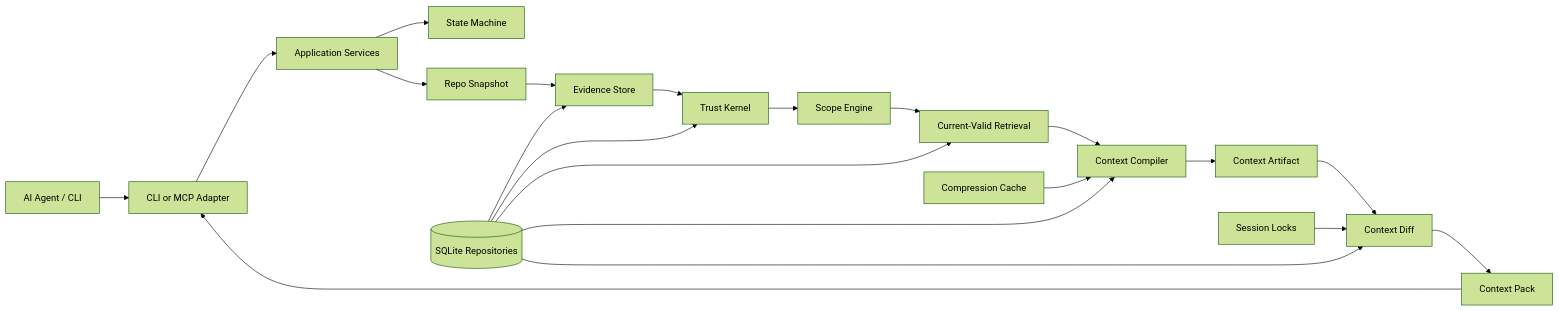
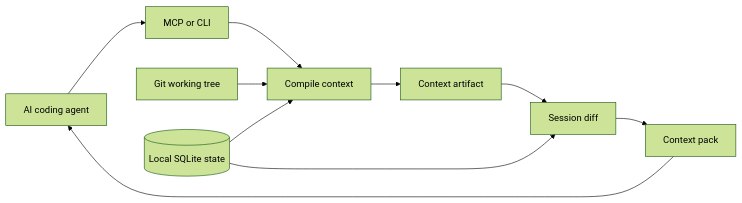
One commit to gael55x/Grape changed the diagram in README.md. Above: the diagram before and after it, drawn with Mermaid (forest theme). The commit also changed other lines of this file, not shown here.

````diff
--- a/README.md
+++ b/README.md
@@ -177,23 +195,12 @@
 ```mermaid
 flowchart LR
-  Agent[AI Agent / CLI] --> Adapter[CLI or MCP Adapter]
-  Adapter --> App[Application Services]
-  App --> State[State Machine]
-  App --> Repo[Repo Snapshot]
-  Repo --> Evidence[Evidence Store]
-  Evidence --> Trust[Trust Kernel]
-  Trust --> Scope[Scope Engine]
-  Scope --> Current[Current-Valid Retrieval]
-  Current --> Compiler[Context Compiler]
-  Compression[Compression Cache] --> Compiler
-  Compiler --> Artifact[Context Artifact]
-  Artifact --> Diff[Context Diff]
-  Sessions[Session Locks] --> Diff
-  Diff --> Pack[Context Pack]
-  Pack --> Adapter
-  Storage[(SQLite Repositories)] --> Evidence
-  Storage --> Trust
-  Storage --> Current
-  Storage --> Compiler
-  Storage --> Diff
+  Agent[AI coding agent] --> MCP[MCP or CLI]
+  MCP --> Compile[Compile context]
+  Compile --> Artifact[Context artifact]
+  Artifact --> Diff[Session diff]
+  Diff --> Pack[Context pack]
+  Pack --> Agent
+  Repo[Git working tree] --> Compile
+  State[(Local SQLite state)] --> Compile
+  State --> Diff
 ```
````
